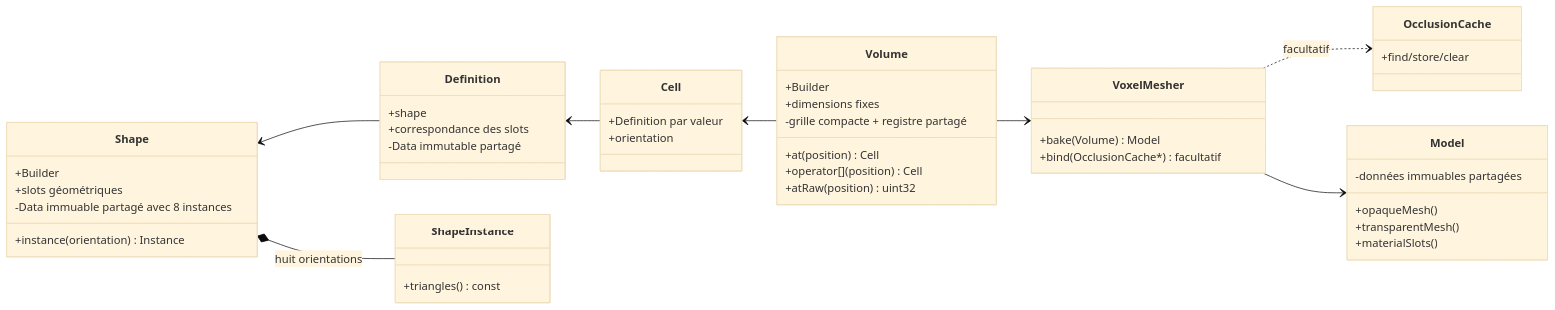
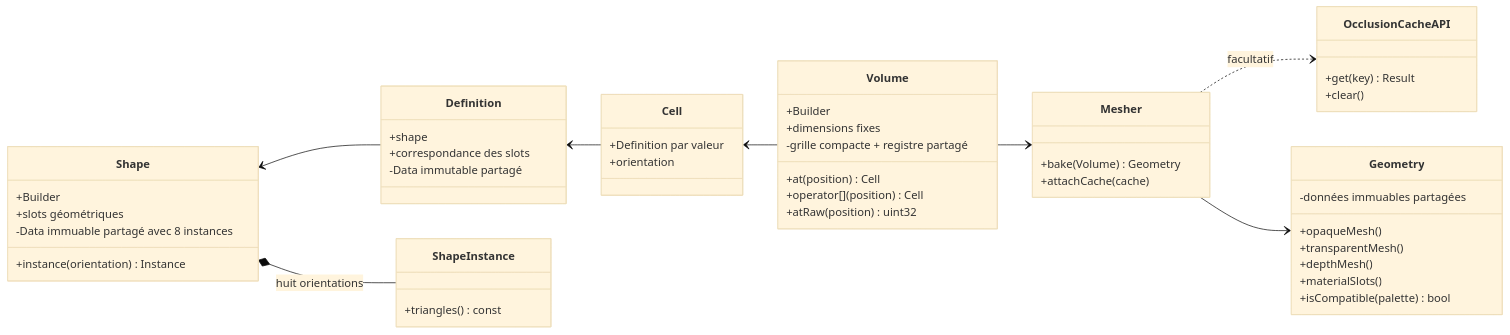
The diagram in docs/voxel-engine-v0.1.4/02-modele-voxel.md (EreliaStudio/Sparkle), drawn with Mermaid (base theme) before and after one commit. The commit also changed other lines of this file and 56 other files, not shown here.

````diff
--- a/docs/voxel-engine-v0.1.4/02-modele-voxel.md
+++ b/docs/voxel-engine-v0.1.4/02-modele-voxel.md
@@ -7,50 +7,53 @@
 ```mermaid
 classDiagram
   direction LR
   class Shape {
     +Builder
     +slots géométriques
     +instance(orientation) Instance
     -Data immuable partagé avec 8 instances
   }
   class Definition {
     +shape
     +correspondance des slots
     -Data immutable partagé
   }
   class Cell {
     +Definition par valeur
     +orientation
   }
   class Volume {
     +Builder
     +dimensions fixes
     +at(position) Cell
     +operator[](position) Cell
     +atRaw(position) uint32
     -grille compacte + registre partagé
   }
-  class Model {
+  class Geometry {
     +opaqueMesh()
     +transparentMesh()
+    +depthMesh()
     +materialSlots()
+    +isCompatible(palette) bool
     -données immuables partagées
   }
   class ShapeInstance {
     +triangles() const
   }
-  class OcclusionCache {
-    +find/store/clear
+  class OcclusionCacheAPI {
+    +get(key) Result
+    +clear()
   }
-  class VoxelMesher {
-    +bake(Volume) Model
-    +bind(OcclusionCache*) facultatif
+  class Mesher {
+    +bake(Volume) Geometry
+    +attachCache(cache)
   }
   Shape <-- Definition
   Definition <-- Cell
   Cell <-- Volume
   Shape *-- ShapeInstance : huit orientations
-  VoxelMesher ..> OcclusionCache : facultatif
-  Volume --> VoxelMesher
-  VoxelMesher --> Model
+  Mesher ..> OcclusionCacheAPI : facultatif
+  Volume --> Mesher
+  Mesher --> Geometry
 ```
````
